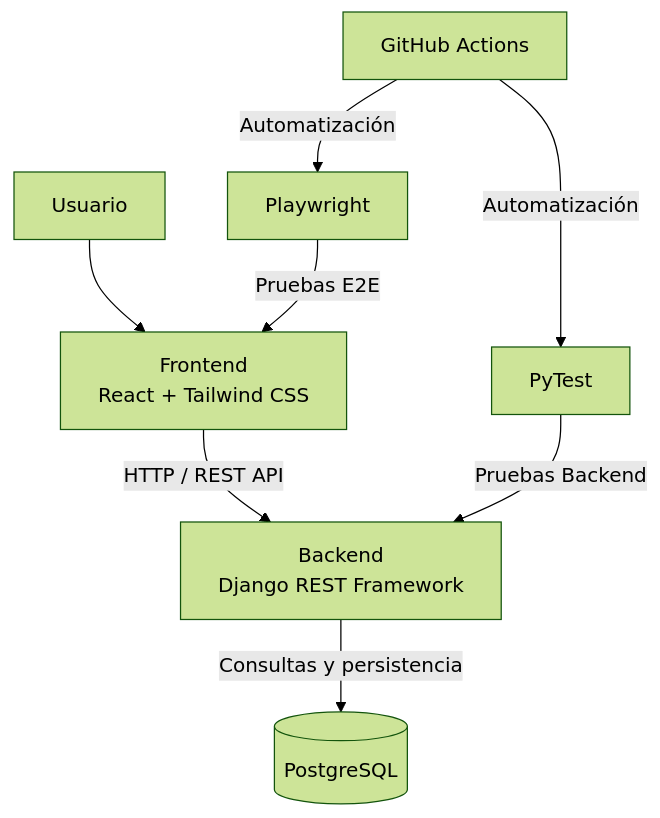
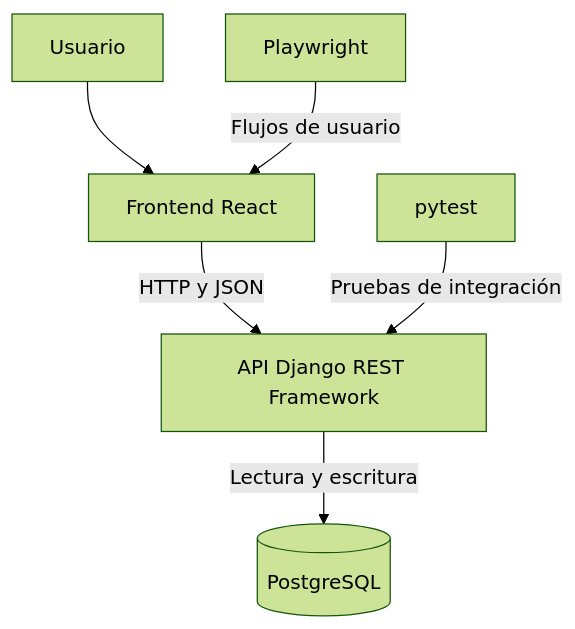
One commit to IbenMG/Proyecto-PruebasdeSoftware changed the diagram in README.md. Above: the diagram before and after it, drawn with Mermaid (forest theme). The commit also changed other lines of this file, not shown here.

````diff
--- a/README.md
+++ b/README.md
@@ -51,14 +86,8 @@
 ```mermaid
 flowchart TD
-    U[Usuario] --> F[Frontend<br/>React + Tailwind CSS]
-
-    F -->|HTTP / REST API| B[Backend<br/>Django REST Framework]
-
-    B -->|Consultas y persistencia| DB[(PostgreSQL)]
-
-    T1[PyTest] -->|Pruebas Backend| B
-    T2[Playwright] -->|Pruebas E2E| F
-
-    CI[GitHub Actions] -->|Automatización| T1
-    CI -->|Automatización| T2
+    U["Usuario"] --> F["Frontend React"]
+    F -->|"HTTP y JSON"| B["API Django REST Framework"]
+    B -->|"Lectura y escritura"| DB[("PostgreSQL")]
+    P["pytest"] -->|"Pruebas de integración"| B
+    E["Playwright"] -->|"Flujos de usuario"| F
 ```
````
